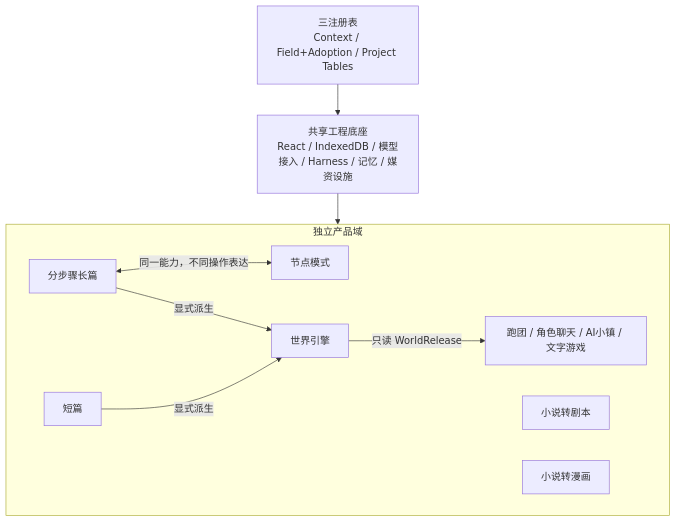
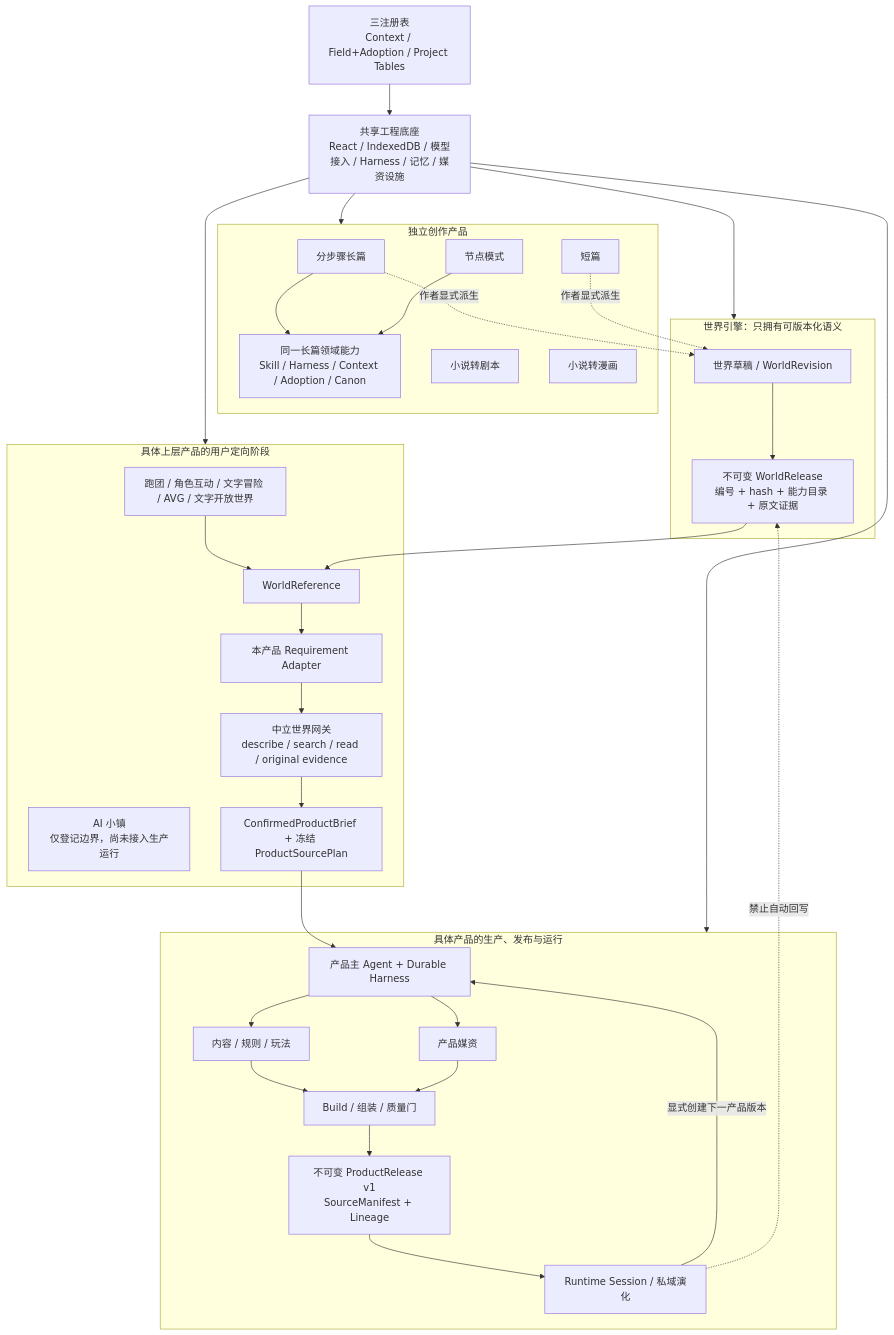
The first of 2 diagrams in docs/ARCHITECTURE.md (yuanbw2025/storyforge), drawn with Mermaid before and after one commit. The commit also changed other lines of this file and 874 other files, not shown here.

Commit message:
refactor: establish clean current architecture baseline

````diff
--- a/docs/ARCHITECTURE.md
+++ b/docs/ARCHITECTURE.md
@@ -21,20 +20,54 @@
 ```mermaid
 flowchart TB
-  subgraph P["独立产品域"]
+  subgraph I["独立创作产品"]
     L["分步骤长篇"]
     N["节点模式"]
+    LC["同一长篇领域能力\nSkill / Harness / Context / Adoption / Canon"]
     S["短篇"]
     A["小说转剧本"]
     C["小说转漫画"]
-    W["世界引擎"]
-    U["跑团 / 角色聊天 / AI小镇 / 文字游戏"]
+    L --> LC
+    N --> LC
   end
-  B["共享工程底座\nReact / IndexedDB / 模型接入 / Harness / 记忆 / 媒资设施"]
-  R["三注册表\nContext / Field+Adoption / Project Tables"]
-  L <-->|"同一能力，不同操作表达"| N
-  L -->|"显式派生"| W
-  S -->|"显式派生"| W
-  W -->|"只读 WorldRelease"| U
-  B --> P
-  R --> B
+
+  subgraph W["世界引擎：只拥有可版本化语义"]
+    WD["世界草稿 / WorldRevision"] --> WR["不可变 WorldRelease\n编号 + hash + 能力目录 + 原文证据"]
+  end
+
+  subgraph D["具体上层产品的用户定向阶段"]
+    PI["跑团 / 角色互动 / 文字冒险 / AVG / 文字开放世界"]
+    AI["AI 小镇\n仅登记边界，尚未接入生产运行"]
+    RF["WorldReference"] --> RA["本产品 Requirement Adapter"]
+    RA --> GW["中立世界网关\ndescribe / search / read / original evidence"]
+    GW --> BP["ConfirmedProductBrief + 冻结 ProductSourcePlan"]
+    PI --> RF
+  end
+
+  subgraph P["具体产品的生产、发布与运行"]
+    H["产品主 Agent + Durable Harness"]
+    CT["内容 / 规则 / 玩法"]
+    M["产品媒资"]
+    B["Build / 组装 / 质量门"]
+    PR["不可变 ProductRelease v1\nSourceManifest + Lineage"]
+    RT["Runtime Session / 私域演化"]
+    BP --> H
+    H --> CT
+    H --> M
+    CT --> B
+    M --> B
+    B --> PR
+    PR --> RT
+    RT -->|"显式创建下一产品版本"| H
+  end
+
+  F["共享工程底座\nReact / IndexedDB / 模型接入 / Harness / 记忆 / 媒资设施"]
+  R["三注册表\nContext / Field+Adoption / Project Tables"] --> F
+  F --> I
+  F --> W
+  F --> D
+  F --> P
+  L -. "作者显式派生" .-> WD
+  S -. "作者显式派生" .-> WD
+  WR --> RF
+  RT -. "禁止自动回写" .-> WR
 ```
````
